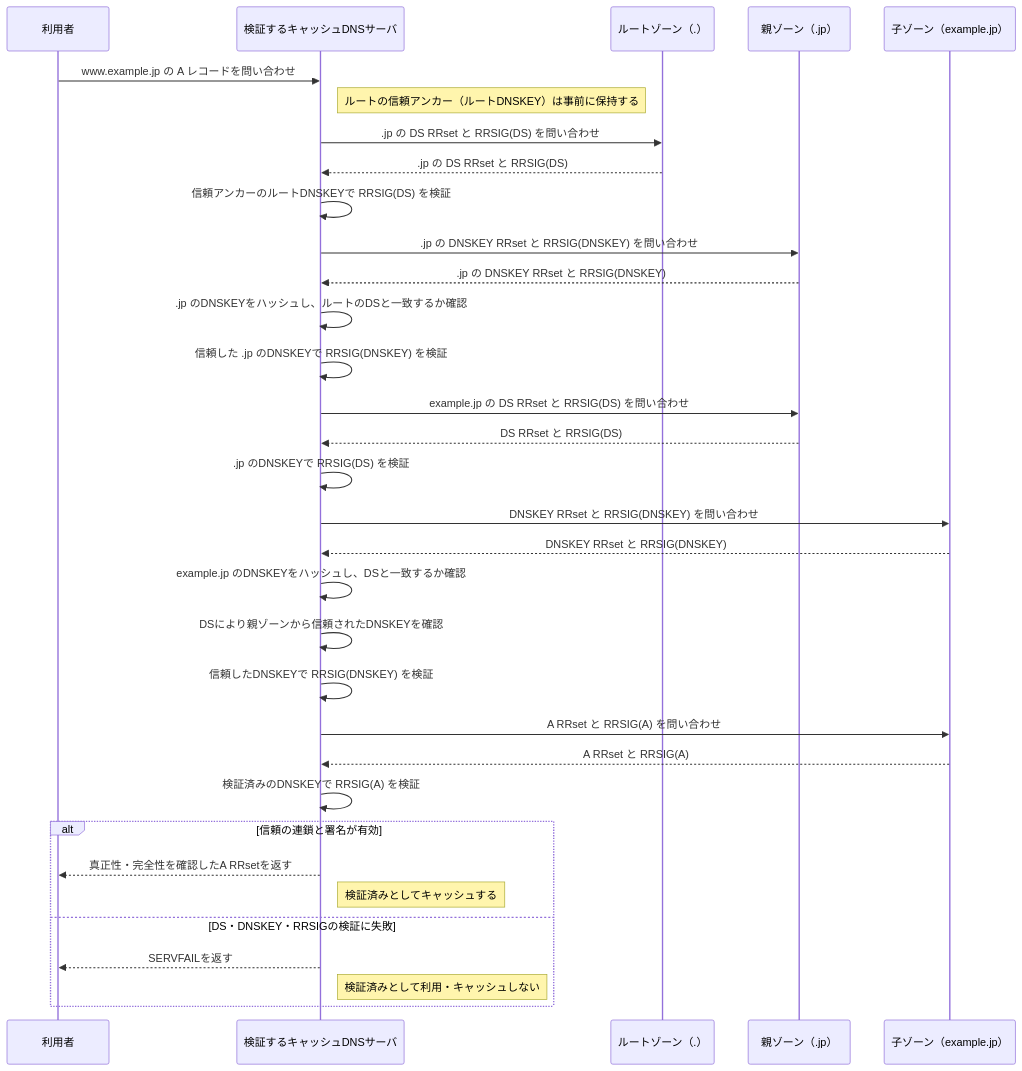
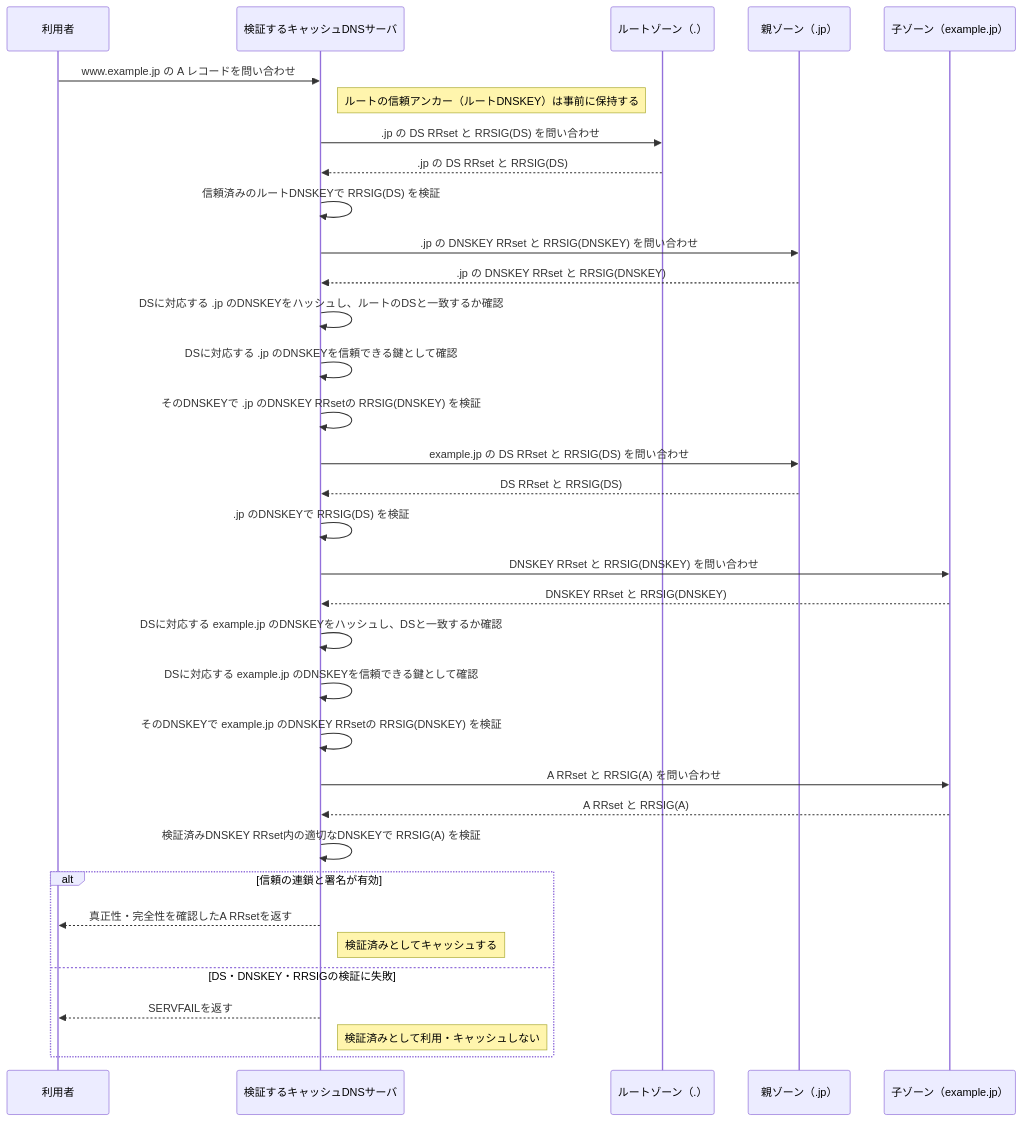
Before and after one commit to ryusuke2003/security-specialist-study: the diagram in 復習用/流れ図/DNSSEC.md, drawn with Mermaid. The commit also changed other lines of this file and 2 other files, not shown here.

Commit message:
dnssecをより正確に

````diff
--- a/復習用/流れ図/DNSSEC.md
+++ b/復習用/流れ図/DNSSEC.md
@@ -3,37 +3,38 @@
 ```mermaid
 sequenceDiagram
     participant U as 利用者
     participant R as 検証するキャッシュDNSサーバ
     participant Z as ルートゾーン（.）
     participant P as 親ゾーン（.jp）
     participant A as 子ゾーン（example.jp）
 
     U->>R: www.example.jp の A レコードを問い合わせ
     Note right of R: ルートの信頼アンカー（ルートDNSKEY）は事前に保持する
     R->>Z: .jp の DS RRset と RRSIG(DS) を問い合わせ
     Z-->>R: .jp の DS RRset と RRSIG(DS)
-    R->>R: 信頼アンカーのルートDNSKEYで RRSIG(DS) を検証
+    R->>R: 信頼済みのルートDNSKEYで RRSIG(DS) を検証
     R->>P: .jp の DNSKEY RRset と RRSIG(DNSKEY) を問い合わせ
     P-->>R: .jp の DNSKEY RRset と RRSIG(DNSKEY)
-    R->>R: .jp のDNSKEYをハッシュし、ルートのDSと一致するか確認
-    R->>R: 信頼した .jp のDNSKEYで RRSIG(DNSKEY) を検証
+    R->>R: DSに対応する .jp のDNSKEYをハッシュし、ルートのDSと一致するか確認
+    R->>R: DSに対応する .jp のDNSKEYを信頼できる鍵として確認
+    R->>R: そのDNSKEYで .jp のDNSKEY RRsetの RRSIG(DNSKEY) を検証
     R->>P: example.jp の DS RRset と RRSIG(DS) を問い合わせ
     P-->>R: DS RRset と RRSIG(DS)
     R->>R: .jp のDNSKEYで RRSIG(DS) を検証
     R->>A: DNSKEY RRset と RRSIG(DNSKEY) を問い合わせ
     A-->>R: DNSKEY RRset と RRSIG(DNSKEY)
-    R->>R: example.jp のDNSKEYをハッシュし、DSと一致するか確認
-    R->>R: DSにより親ゾーンから信頼されたDNSKEYを確認
-    R->>R: 信頼したDNSKEYで RRSIG(DNSKEY) を検証
+    R->>R: DSに対応する example.jp のDNSKEYをハッシュし、DSと一致するか確認
+    R->>R: DSに対応する example.jp のDNSKEYを信頼できる鍵として確認
+    R->>R: そのDNSKEYで example.jp のDNSKEY RRsetの RRSIG(DNSKEY) を検証
     R->>A: A RRset と RRSIG(A) を問い合わせ
     A-->>R: A RRset と RRSIG(A)
-    R->>R: 検証済みのDNSKEYで RRSIG(A) を検証
+    R->>R: 検証済みDNSKEY RRset内の適切なDNSKEYで RRSIG(A) を検証
 
     alt 信頼の連鎖と署名が有効
         R-->>U: 真正性・完全性を確認したA RRsetを返す
         Note right of R: 検証済みとしてキャッシュする
     else DS・DNSKEY・RRSIGの検証に失敗
         R-->>U: SERVFAILを返す
         Note right of R: 検証済みとして利用・キャッシュしない
     end
 ```
````
